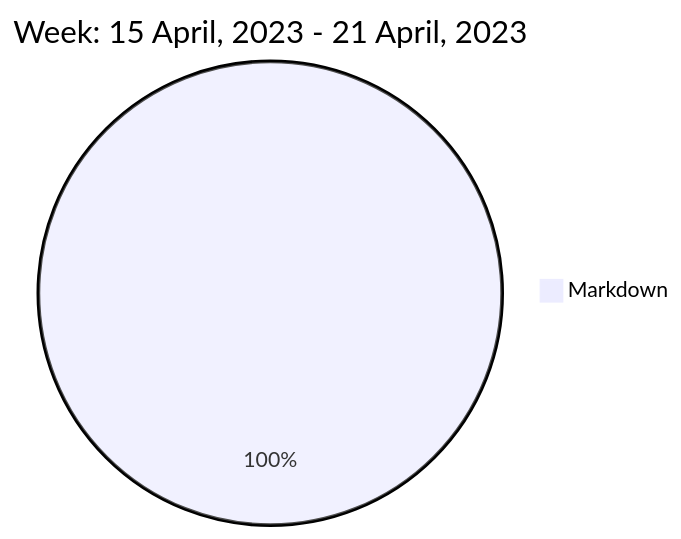
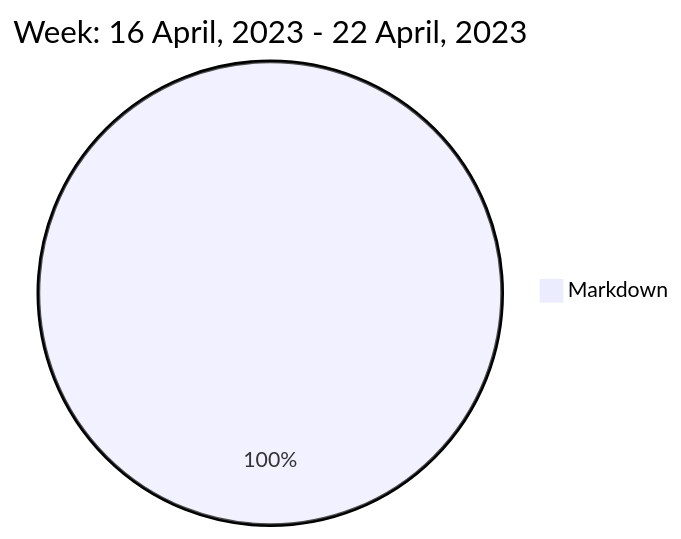
The diagram in README.md (liubin95/liubin95), drawn with Mermaid before and after one commit.

Commit message:
Updated the Graph with new Metrics

````diff
--- a/README.md
+++ b/README.md
@@ -40,5 +40,5 @@
 ```mermaid
  pie
-title Week: 15 April, 2023 - 21 April, 2023
+title Week: 16 April, 2023 - 22 April, 2023
  "Markdown" : 3.0
 ```
````
